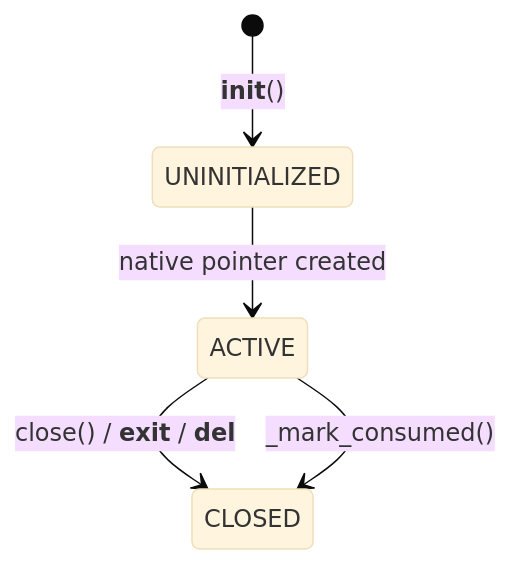
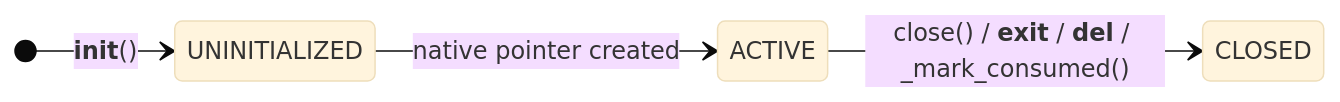
The second of 5 diagrams in docs/native-resources-management.md (contentauth/c2pa-python), drawn with Mermaid (base theme) before and after one commit. The commit also changed other lines of this file, not shown here.

````diff
--- a/docs/native-resources-management.md
+++ b/docs/native-resources-management.md
@@ -75,7 +75,7 @@
 ```mermaid
 stateDiagram-v2
+    direction LR
     [*] --> UNINITIALIZED : __init__()
     UNINITIALIZED --> ACTIVE : native pointer created
-    ACTIVE --> CLOSED : close() / __exit__ / __del__
-    ACTIVE --> CLOSED : _mark_consumed()
+    ACTIVE --> CLOSED : close() / __exit__ / __del__ / _mark_consumed()
 ```
````
